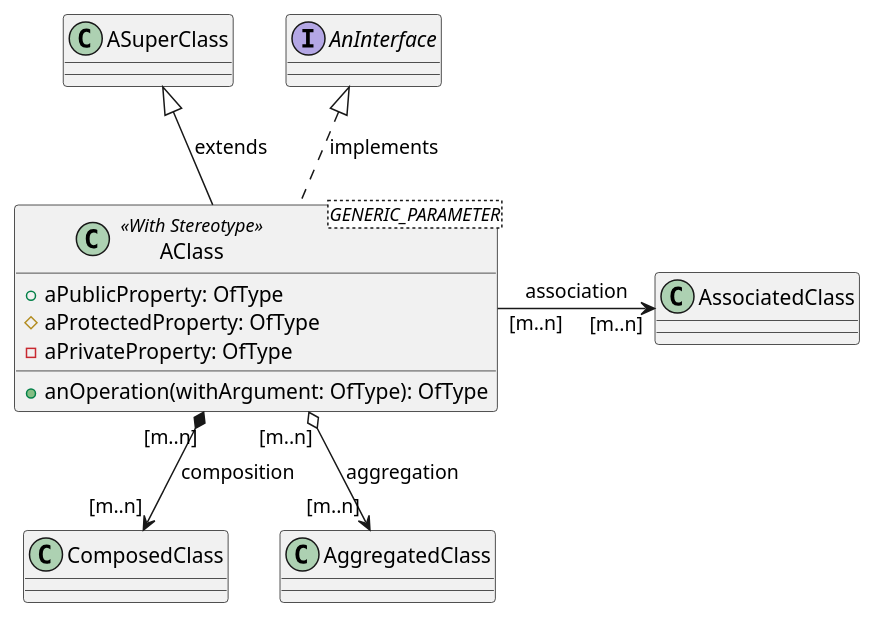
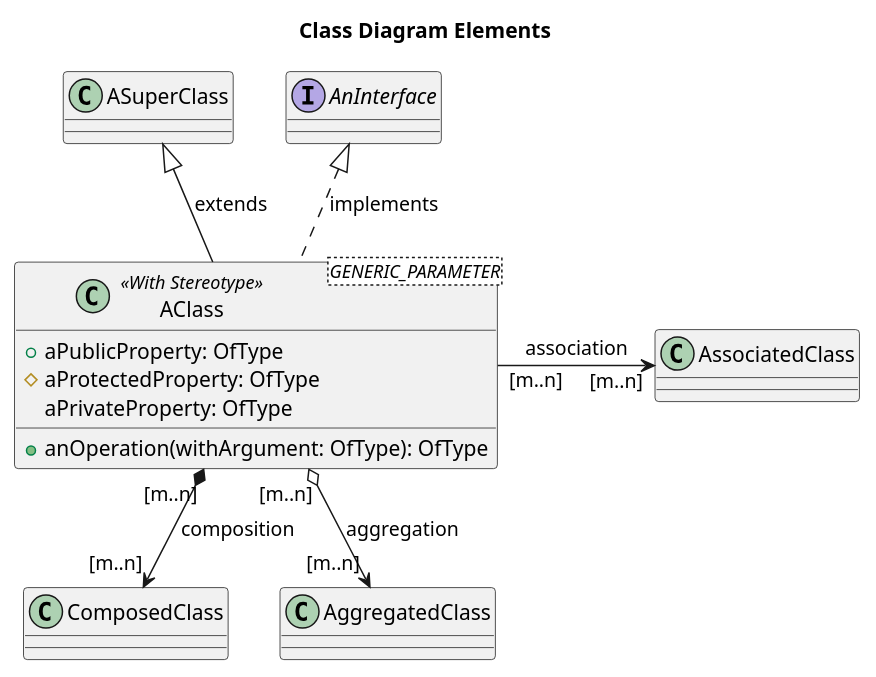
Before and after one commit to jmpicnic/obsidian-docs: the first of 2 diagrams in docs/Projects/impractical Architecture/The Information Model/Software Models.md, drawn with PlantUML. The commit also changed other lines of this file and 16 other files, not shown here.

````diff
--- a/docs/Projects/impractical Architecture/The Information Model/Software Models.md
+++ b/docs/Projects/impractical Architecture/The Information Model/Software Models.md
@@ -78,22 +78,24 @@
 ```plantuml
 @startuml
+title
+Class Diagram Elements
+end title
 
 class AClass<GENERIC_PARAMETER><<With Stereotype>> {
  + aPublicProperty: OfType
  # aProtectedProperty: OfType
- - aPrivateProperty: OfType
+ aPrivateProperty: OfType
  + anOperation(withArgument: OfType): OfType
 }
-
 class ASuperClass
 interface AnInterface
 
 ASuperClass <|-- AClass: extends
 AnInterface <|.. AClass: implements
 
 AClass "[m..n]" *--> "[m..n]" ComposedClass: composition
 AClass "[m..n]" o--> "[m..n]" AggregatedClass: aggregation
 AClass "[m..n]" -> "[m..n]" AssociatedClass: association
 
 @enduml
 ```
````
